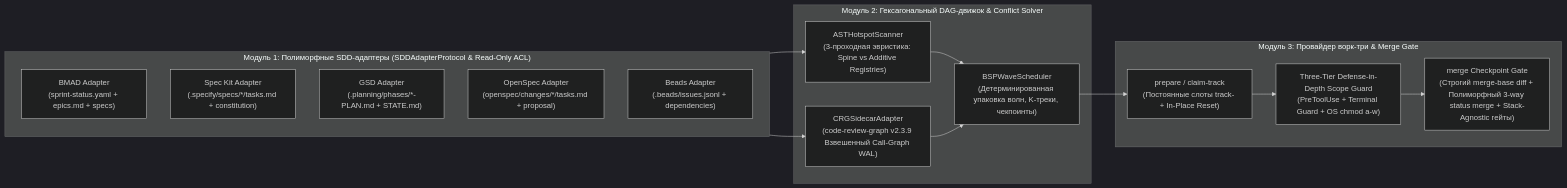
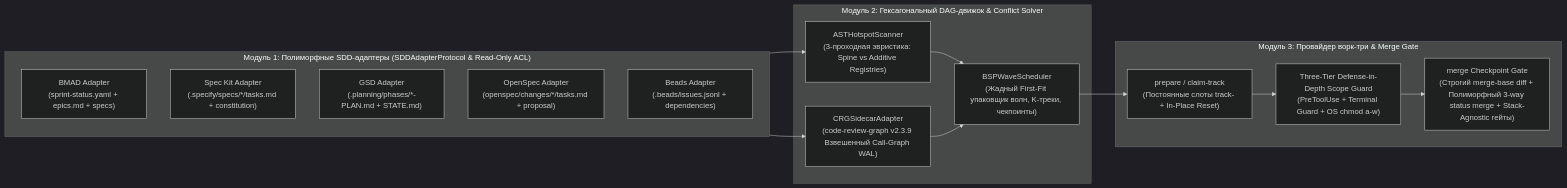
One commit to stopActingSoSmall/sdd-parallel changed the diagram in docs/i18n/ru/ARCHITECTURE.md. Above: the diagram before and after it, drawn with Mermaid (dark theme). The commit also changed other lines of this file and 31 other files, not shown here.

````diff
--- a/docs/i18n/ru/ARCHITECTURE.md
+++ b/docs/i18n/ru/ARCHITECTURE.md
@@ -23,27 +23,27 @@
 ```mermaid
 flowchart LR
     subgraph Adapters["Модуль 1: Полиморфные SDD-адаптеры (SDDAdapterProtocol & Read-Only ACL)"]
         A1["BMAD Adapter\n(sprint-status.yaml + epics.md + specs)"]
         A2["Spec Kit Adapter\n(.specify/specs/*/tasks.md + constitution)"]
         A3["GSD Adapter\n(.planning/phases/*-PLAN.md + STATE.md)"]
         A4["OpenSpec Adapter\n(openspec/changes/*/tasks.md + proposal)"]
         A5["Beads Adapter\n(.beads/issues.jsonl + dependencies)"]
     end
 
     subgraph Engine["Модуль 2: Гексагональный DAG-движок & Conflict Solver"]
         E1["ASTHotspotScanner\n(3-проходная эвристика: Spine vs Additive Registries)"]
         E2["CRGSidecarAdapter\n(code-review-graph v2.3.9 Взвешенный Call-Graph WAL)"]
-        E3["BSPWaveScheduler\n(Детерминированная упаковка волн, K-треки, чекпоинты)"]
+        E3["BSPWaveScheduler\n(Жадный First-Fit упаковщик волн, K-треки, чекпоинты)"]
     end
 
     subgraph Actuation["Модуль 3: Провайдер ворк-три & Merge Gate"]
         W1["prepare / claim-track\n(Постоянные слоты track-<id> + In-Place Reset)"]
         W2["Three-Tier Defense-in-Depth Scope Guard\n(PreToolUse + Terminal Guard + OS chmod a-w)"]
         W3["merge Checkpoint Gate\n(Строгий merge-base diff + Полиморфный 3-way status merge + Stack-Agnostic гейты)"]
     end
 
     Adapters --> E1 & E2
     E1 & E2 --> E3
     E3 --> W1
     W1 --> W2 --> W3
 ```
````
